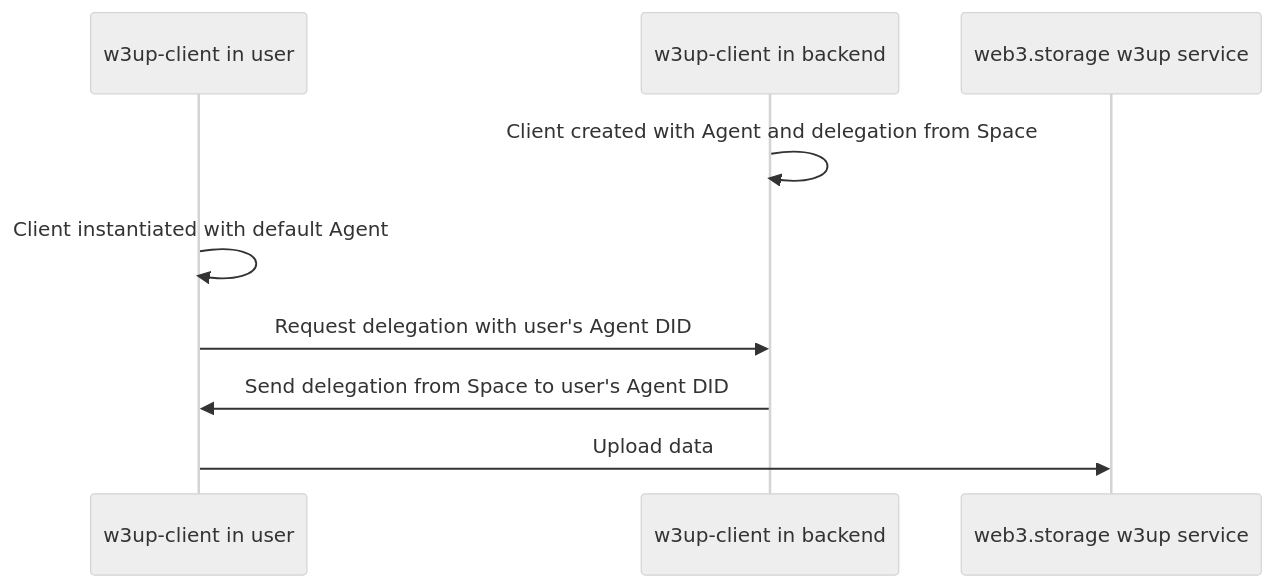
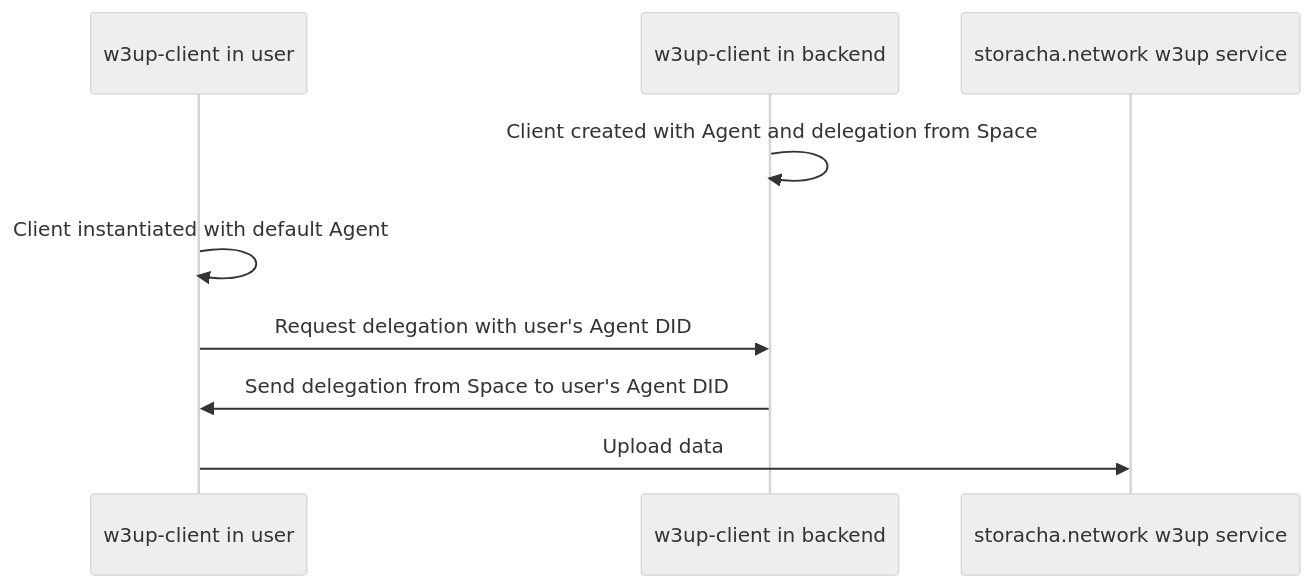
One commit to storacha/w3up changed the fourth of 5 diagrams in packages/w3up-client/README.md. Above: the diagram before and after it, drawn with Mermaid (neutral theme). The commit also changed other lines of this file and 256 other files, not shown here.

````diff
--- a/packages/w3up-client/README.md
+++ b/packages/w3up-client/README.md
@@ -269,11 +269,11 @@
 ```mermaid
 sequenceDiagram
     participant w3up-client in user
     participant w3up-client in backend
-    participant web3.storage w3up service
+    participant storacha.network w3up service
     w3up-client in backend->>w3up-client in backend: Client created with Agent and delegation from Space
     w3up-client in user->>w3up-client in user: Client instantiated with default Agent
     w3up-client in user->>w3up-client in backend: Request delegation with user's Agent DID
     w3up-client in backend->>w3up-client in user: Send delegation from Space to user's Agent DID
-    w3up-client in user->>web3.storage w3up service: Upload data
+    w3up-client in user->>storacha.network w3up service: Upload data
 ```
````
